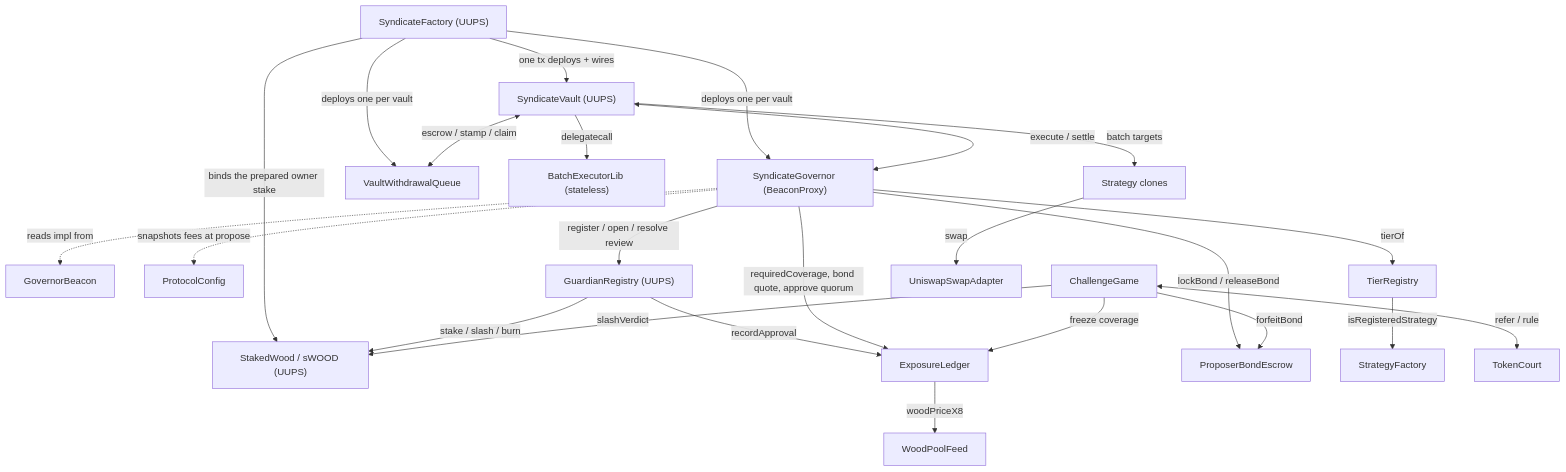
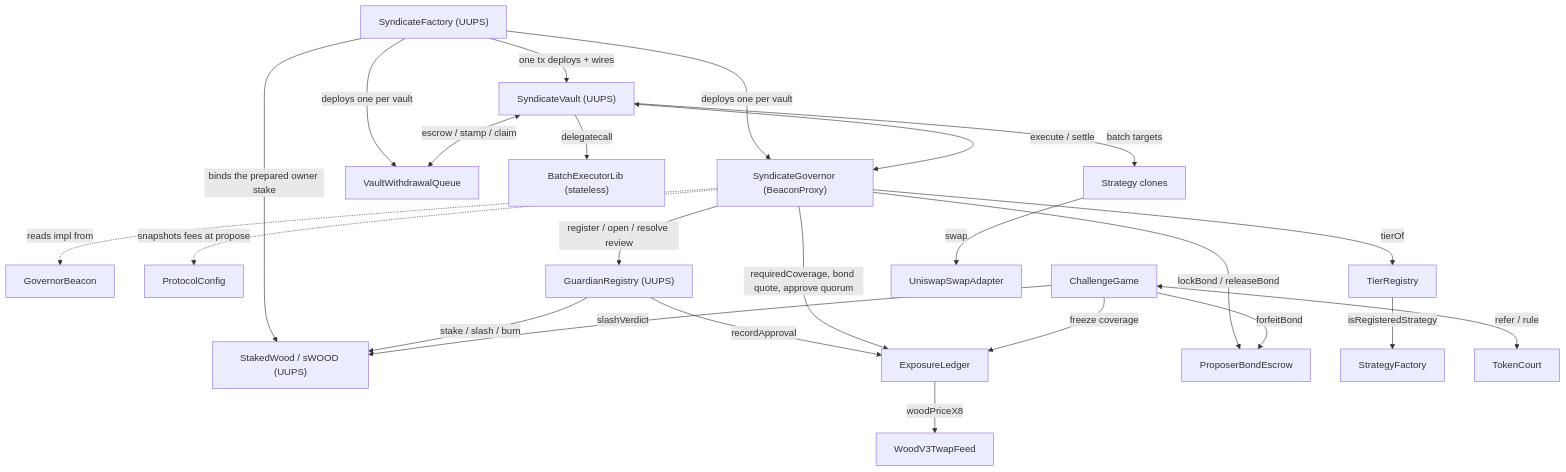
Before and after one commit to sherwoodagent/mintlify-docs: the diagram in protocol/architecture.mdx, drawn with Mermaid. The commit also changed other lines of this file and 2 other files, not shown here.

Commit message:
docs: the ledger reads WoodV3TwapFeed (1h V3 TWAP) since 2026-10-13; WoodPoolFeed retired; cap 2x TWAP

````diff
--- a/protocol/architecture.mdx
+++ b/protocol/architecture.mdx
@@ -17,26 +17,26 @@
 ```mermaid
 graph TD
     F["SyndicateFactory (UUPS)"] -->|one tx deploys + wires| V["SyndicateVault (UUPS)"]
     F -->|deploys one per vault| G["SyndicateGovernor (BeaconProxy)"]
     F -->|deploys one per vault| Q["VaultWithdrawalQueue"]
     F -->|binds the prepared owner stake| SW["StakedWood / sWOOD (UUPS)"]
     G -.->|reads impl from| GB["GovernorBeacon"]
     G -.->|snapshots fees at propose| PC["ProtocolConfig"]
     G -->|register / open / resolve review| R["GuardianRegistry (UUPS)"]
     R -->|stake / slash / burn| SW
     R -->|recordApproval| EL["ExposureLedger"]
     G -->|requiredCoverage, bond quote, approve quorum| EL
     G -->|lockBond / releaseBond| PBE["ProposerBondEscrow"]
     G -->|tierOf| TR["TierRegistry"]
     TR -->|isRegisteredStrategy| SF["StrategyFactory"]
-    EL -->|woodPriceX8| WPF["WoodPoolFeed"]
+    EL -->|woodPriceX8| WPF["WoodV3TwapFeed"]
     CG["ChallengeGame"] -->|freeze coverage| EL
     CG -->|slashVerdict| SW
     CG -->|forfeitBond| PBE
     CG <-->|refer / rule| TC["TokenCourt"]
     V <-->|execute / settle| G
     V -->|delegatecall| B["BatchExecutorLib (stateless)"]
     V <-->|escrow / stamp / claim| Q
     V -->|batch targets| S["Strategy clones"]
     S -->|swap| UA["UniswapSwapAdapter"]
 ```
````
